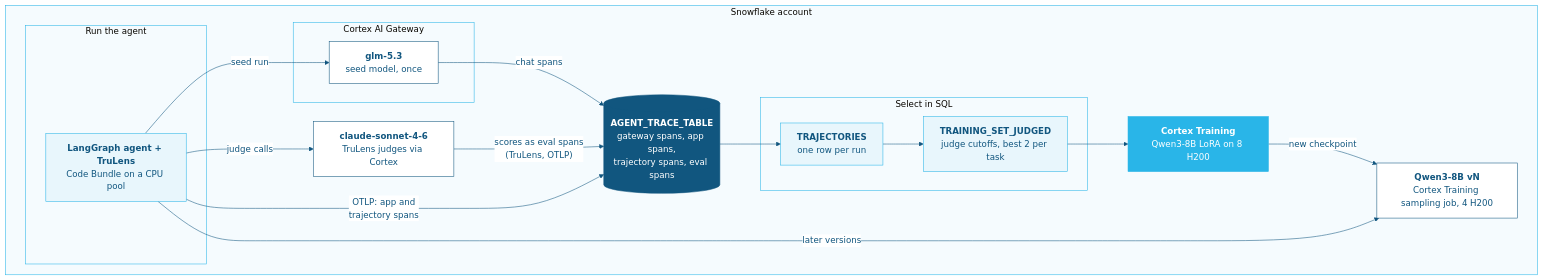
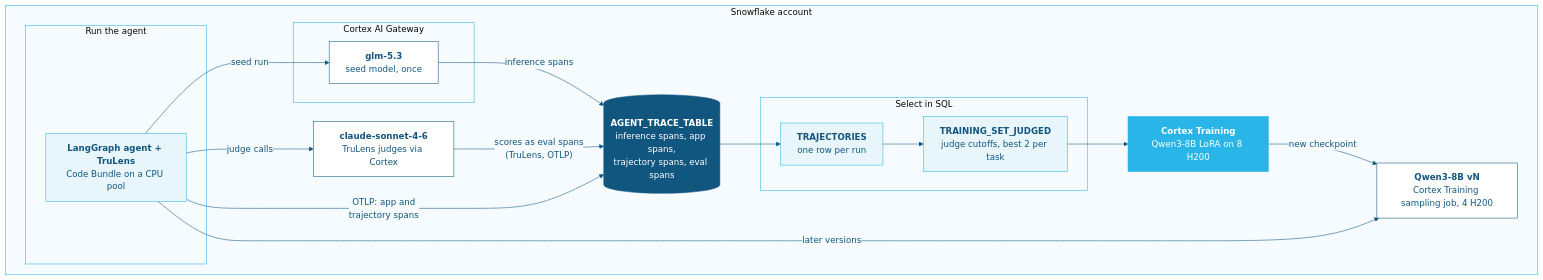
The diagram in images/reference_architecture.mmd (Snowflake-Labs/agent-self-training-loop), drawn with Mermaid before and after one commit. The commit also changed 1 other file, not shown here.

Commit message:
Diagrams: inference spans, edge labels on the background color
Generated with [Snowflake CoCo](https://docs.snowflake.com/en/user-guide/cortex-code/cortex-code)

```diff
--- a/images/reference_architecture.mmd
+++ b/images/reference_architecture.mmd
@@ -1,35 +1,35 @@
-%%{init: {"theme":"base","themeVariables":{"fontFamily":"Helvetica","primaryTextColor":"#11567f","lineColor":"#11567f","edgeLabelBackground":"#ffffff","clusterBkg":"#f5fbfe","clusterBorder":"#29b5e8"},"flowchart":{"curve":"basis"}}}%%
+%%{init: {"theme":"base","themeVariables":{"fontFamily":"Helvetica","primaryTextColor":"#11567f","lineColor":"#11567f","edgeLabelBackground":"#f5fbfe","clusterBkg":"#f5fbfe","clusterBorder":"#29b5e8"},"flowchart":{"curve":"basis"}}}%%
 flowchart LR
   subgraph ACCT["Snowflake account"]
     direction LR
     subgraph RUN["Run the agent"]
       A["<b>LangGraph agent + TruLens</b><br/>Code Bundle on a CPU pool"]
     end
     J["<b>claude-sonnet-4-6</b><br/>TruLens judges via Cortex"]
     subgraph GW["Cortex AI Gateway"]
       G["<b>glm-5.3</b><br/>seed model, once"]
     end
-    T[("<b>AGENT_TRACE_TABLE</b><br/>gateway spans, app spans,<br/>trajectory spans, eval spans")]
+    T[("<b>AGENT_TRACE_TABLE</b><br/>inference spans, app spans,<br/>trajectory spans, eval spans")]
     subgraph SQL["Select in SQL"]
       TR["<b>TRAJECTORIES</b><br/>one row per run"] --> TS["<b>TRAINING_SET_JUDGED</b><br/>judge cutoffs, best 2 per task"]
     end
     CT["<b>Cortex Training</b><br/>Qwen3-8B LoRA on 8 H200"]
     Q["<b>Qwen3-8B vN</b><br/>Cortex Training sampling job, 4 H200"]
     A -- "seed run" --> G
-    G -- "chat spans" --> T
+    G -- "inference spans" --> T
     A -- "judge calls" --> J
     J -- "scores as eval spans<br/>(TruLens, OTLP)" --> T
     A -- "OTLP: app and<br/>trajectory spans" --> T
     T --> TR
     TS --> CT
     CT -- "new checkpoint" --> Q
     A -- "later versions" --> Q
   end
   classDef node fill:#ffffff,stroke:#11567f,color:#11567f
   classDef light fill:#e8f6fc,stroke:#29b5e8,color:#11567f
   classDef table fill:#11567f,stroke:#11567f,color:#ffffff
   classDef train fill:#29b5e8,stroke:#29b5e8,color:#ffffff
   class J,G,Q node
   class A,TR,TS light
   class T table
   class CT train
```
